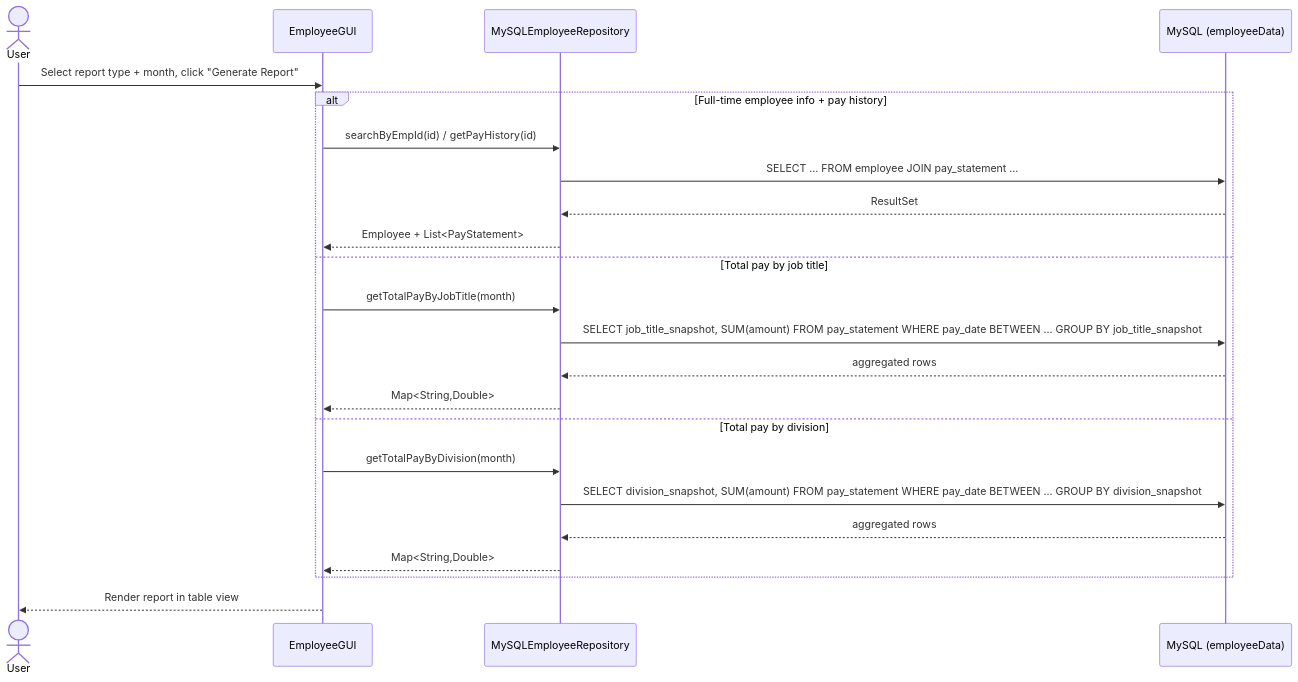
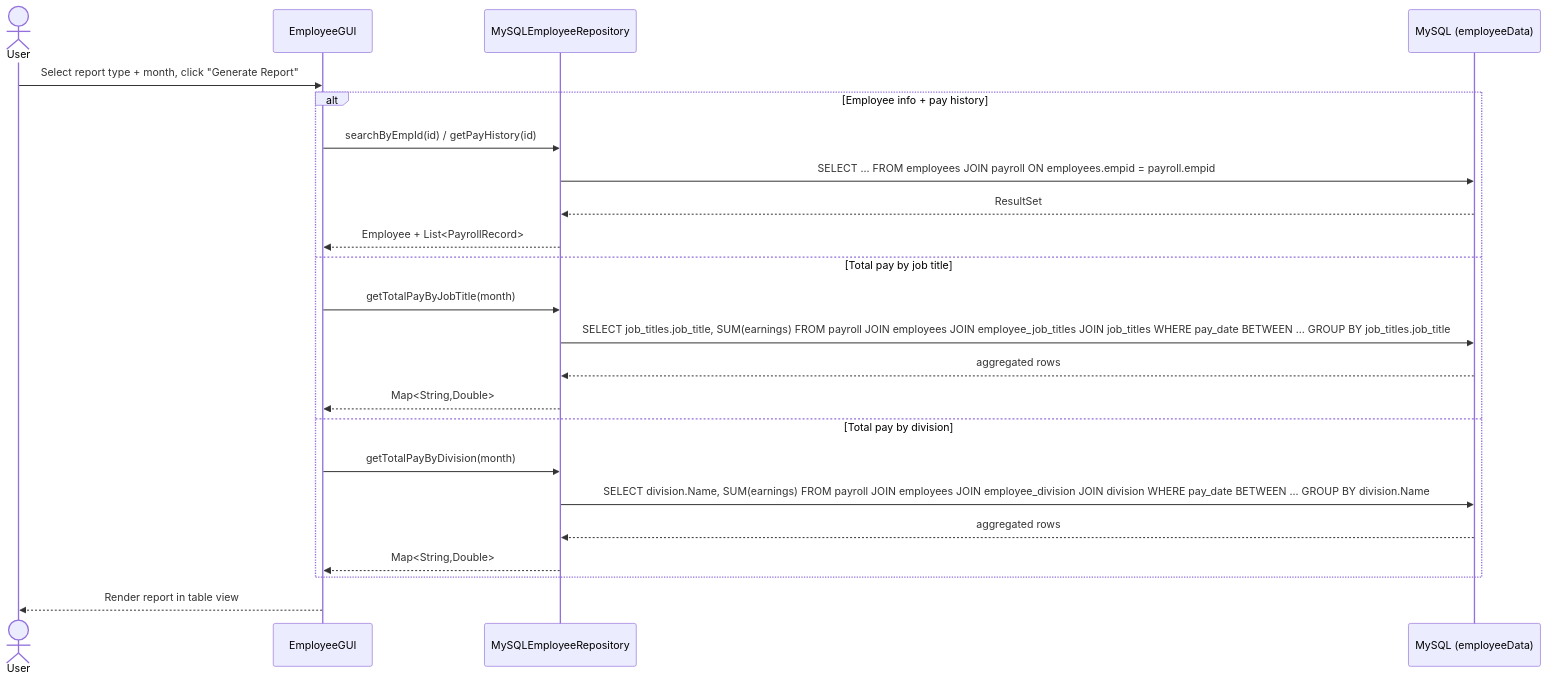
Before and after one commit to snigdhavarma04/CompanyZ-Employee-Management: the fifth of 5 diagrams in ARCHITECTURE.md, drawn with Mermaid. The commit also changed other lines of this file and 2 other files, not shown here.

Commit message:
Align schema with real ER diagram, add schema.sql, update role assignments

````diff
--- a/ARCHITECTURE.md
+++ b/ARCHITECTURE.md
@@ -387,28 +496,28 @@
 ```mermaid
 sequenceDiagram
     actor User
     participant GUI as EmployeeGUI
     participant Repo as MySQLEmployeeRepository
     participant DB as MySQL (employeeData)
 
     User->>GUI: Select report type + month, click "Generate Report"
 
-    alt Full-time employee info + pay history
+    alt Employee info + pay history
         GUI->>Repo: searchByEmpId(id) / getPayHistory(id)
-        Repo->>DB: SELECT ... FROM employee JOIN pay_statement ...
+        Repo->>DB: SELECT ... FROM employees JOIN payroll ON employees.empid = payroll.empid
         DB-->>Repo: ResultSet
-        Repo-->>GUI: Employee + List<PayStatement>
+        Repo-->>GUI: Employee + List<PayrollRecord>
     else Total pay by job title
         GUI->>Repo: getTotalPayByJobTitle(month)
-        Repo->>DB: SELECT job_title_snapshot, SUM(amount) FROM pay_statement WHERE pay_date BETWEEN ... GROUP BY job_title_snapshot
+        Repo->>DB: SELECT job_titles.job_title, SUM(earnings) FROM payroll JOIN employees JOIN employee_job_titles JOIN job_titles WHERE pay_date BETWEEN ... GROUP BY job_titles.job_title
         DB-->>Repo: aggregated rows
         Repo-->>GUI: Map<String,Double>
     else Total pay by division
         GUI->>Repo: getTotalPayByDivision(month)
-        Repo->>DB: SELECT division_snapshot, SUM(amount) FROM pay_statement WHERE pay_date BETWEEN ... GROUP BY division_snapshot
+        Repo->>DB: SELECT division.Name, SUM(earnings) FROM payroll JOIN employees JOIN employee_division JOIN division WHERE pay_date BETWEEN ... GROUP BY division.Name
         DB-->>Repo: aggregated rows
         Repo-->>GUI: Map<String,Double>
     end
 
     GUI-->>User: Render report in table view
 ```
````
